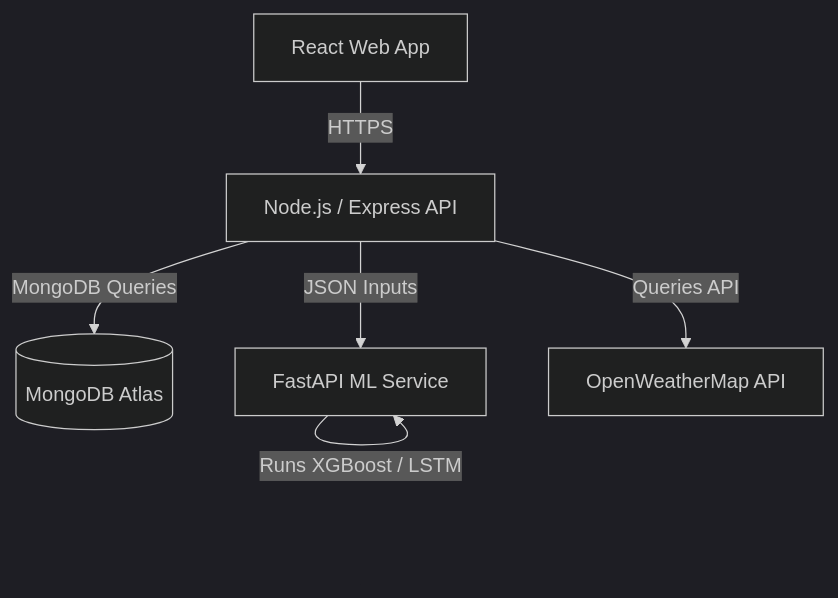
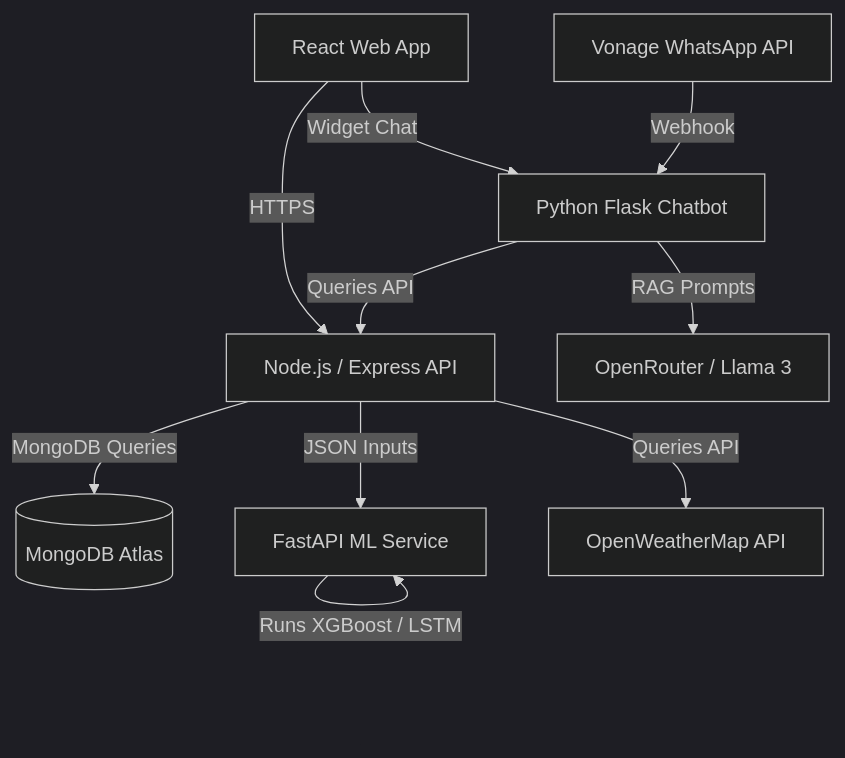
Before and after one commit to chandimacbbandara/dengueradar: the diagram in README.md, drawn with Mermaid (dark theme). The commit also changed other lines of this file and 1 other file, not shown here.

Commit message:
docs: Update README and Setup Guide with AI Chatbot documentation

````diff
--- a/README.md
+++ b/README.md
@@ -29,8 +30,12 @@
 ```mermaid
 graph TD
     Client[React Web App] -->|HTTPS| Backend[Node.js / Express API]
+    Client -->|Widget Chat| Chatbot[Python Flask Chatbot]
+    WhatsApp[Vonage WhatsApp API] -->|Webhook| Chatbot
+    Chatbot -->|Queries API| Backend
+    Chatbot -->|RAG Prompts| LLM[OpenRouter / Llama 3]
     Backend -->|MongoDB Queries| DB[(MongoDB Atlas)]
     Backend -->|JSON Inputs| ML[FastAPI ML Service]
     ML -->|Runs XGBoost / LSTM| ML
     Backend -->|Queries API| Weather[OpenWeatherMap API]
 ```
````
